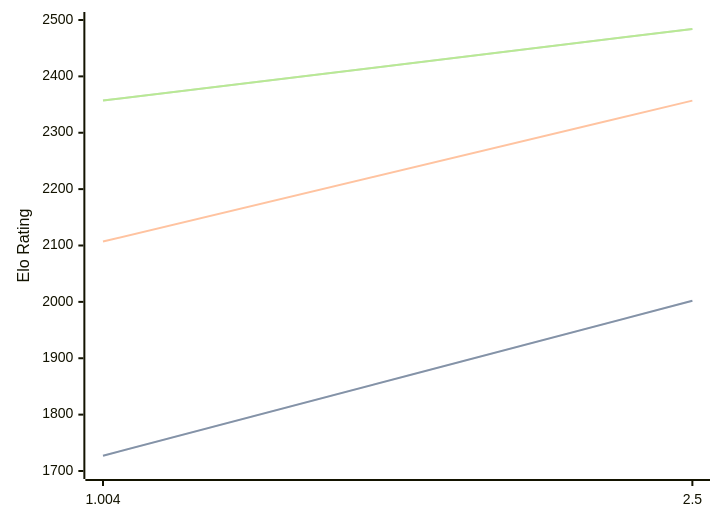
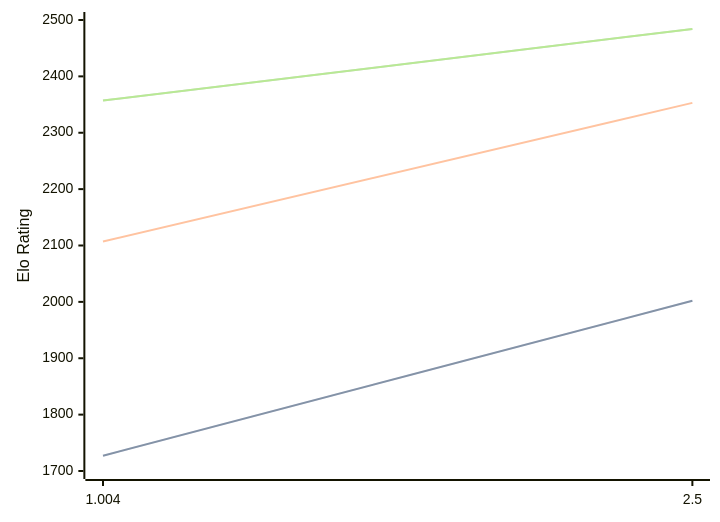
The diagram in engines/Ares.md (computer-chess-index/cci), drawn with Mermaid before and after one commit. The commit also changed other lines of this file, not shown here.

````diff
--- a/engines/Ares.md
+++ b/engines/Ares.md
@@ -32,11 +32,11 @@
 ```mermaid
 %%{init: {"theme":"base","themeVariables":{"seriesColors:['#a3a3a3','#222221','#faa371']}}}%%
 xychart-beta
   x-axis ["1.004", "2.5"]
   y-axis "Elo Rating" 1700 --> 2500
   line "STC (8.0+0.08s)" [1727, 2002]
   line "STC (8.0+0.08s)" [1727, 2002]
-  line "LTC (60.0+0.60s)" [2107, 2357]
+  line "LTC (60.0+0.60s)" [2107, 2353]
   line "VLTC (2m24s+1.12s)" [2357, 2484]
   line "VLTC (2m24s+1.12s)" [2357, 2484]
 ```
````
